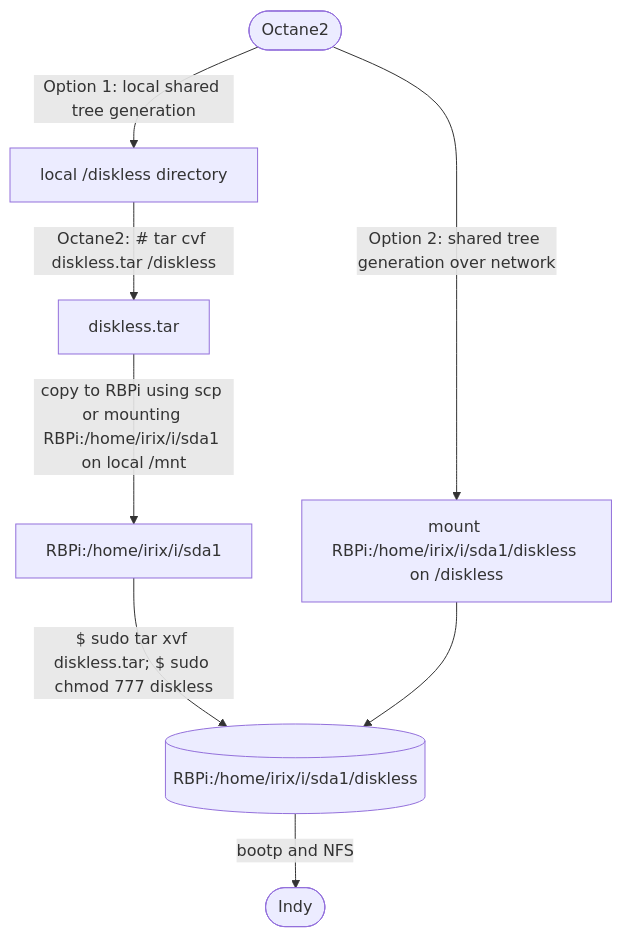
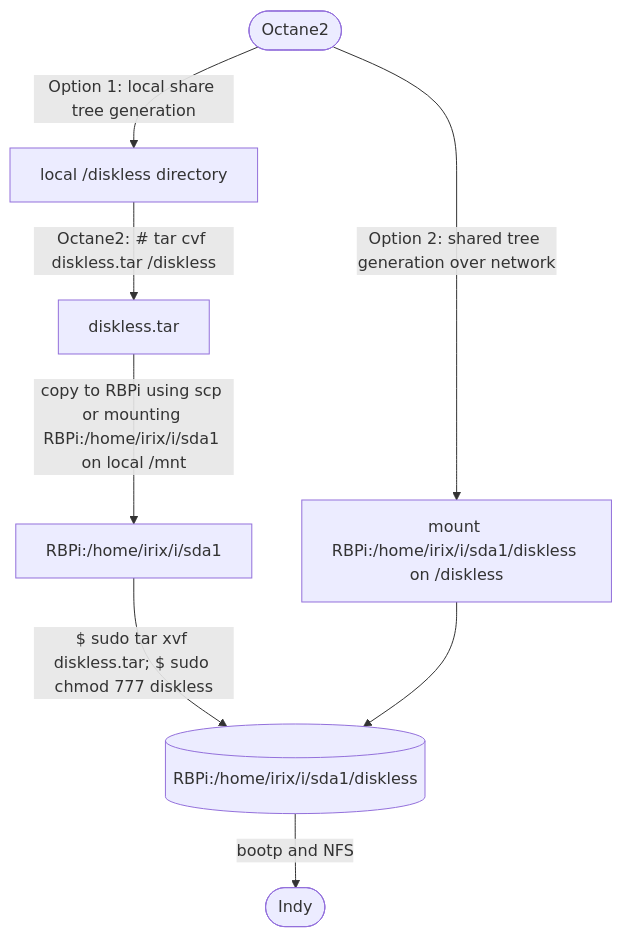
The second of 3 diagrams in README.md (Linux-RISC/IRIX-diskless-workstation), drawn with Mermaid before and after one commit. The commit also changed other lines of this file, not shown here.

````diff
--- a/README.md
+++ b/README.md
@@ -68,7 +68,7 @@
 ```mermaid
 graph TD;
-    Octane2([Octane2])--Option 1: local shared tree generation-->local_diskless[local /diskless directory]--Octane2: # tar cvf diskless.tar /diskless-->diskless.tar;
+    Octane2([Octane2])--Option 1: local share tree generation-->local_diskless[local /diskless directory]--Octane2: # tar cvf diskless.tar /diskless-->diskless.tar;
     diskless.tar--copy to RBPi using scp or mounting RBPi:/home/irix/i/sda1 on local /mnt-->RBPi:/home/irix/i/sda1--"$ sudo tar xvf diskless.tar; $ sudo chmod 777 diskless"-->RBPi[(RBPi:/home/irix/i/sda1/diskless)];
    Octane2([Octane2])--Option 2: shared tree generation over network-->mount_RBPi[mount RBPi:/home/irix/i/sda1/diskless on /diskless]-->RBPi[(RBPi:/home/irix/i/sda1/diskless)];
    RBPi[(RBPi:/home/irix/i/sda1/diskless)]--bootp and NFS-->Indy([Indy]);
 ```
````
